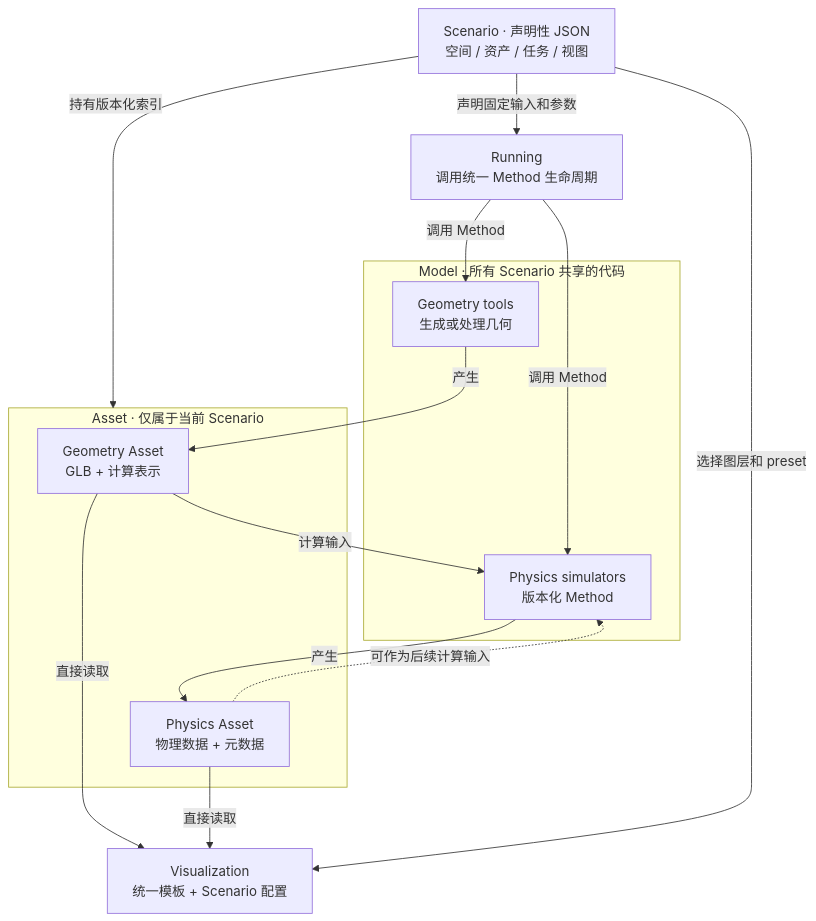
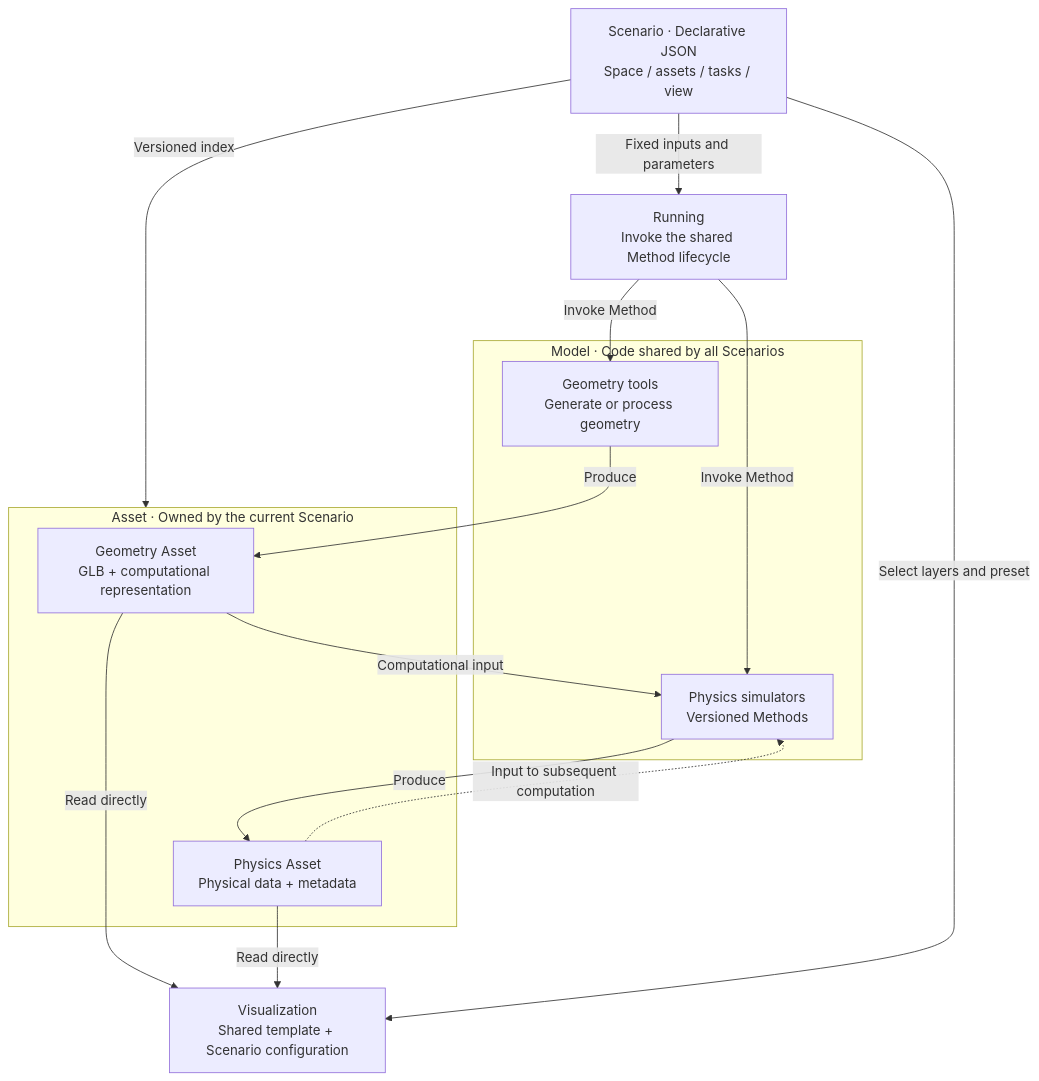
One commit to CANOPY-WORLD/canopy changed the first of 4 diagrams in README.md. Above: the diagram before and after it, drawn with Mermaid. The commit also changed other lines of this file and 22 other files, not shown here.

````diff
--- a/README.md
+++ b/README.md
@@ -7,25 +7,25 @@
 ```mermaid
 flowchart TB
-    S["Scenario · 声明性 JSON<br/>空间 / 资产 / 任务 / 视图"]
-    subgraph M["Model · 所有 Scenario 共享的代码"]
-        G["Geometry tools<br/>生成或处理几何"]
-        P["Physics simulators<br/>版本化 Method"]
+    S["Scenario · Declarative JSON<br/>Space / assets / tasks / view"]
+    subgraph M["Model · Code shared by all Scenarios"]
+        G["Geometry tools<br/>Generate or process geometry"]
+        P["Physics simulators<br/>Versioned Methods"]
     end
-    subgraph A["Asset · 仅属于当前 Scenario"]
-        GA["Geometry Asset<br/>GLB + 计算表示"]
-        PA["Physics Asset<br/>物理数据 + 元数据"]
+    subgraph A["Asset · Owned by the current Scenario"]
+        GA["Geometry Asset<br/>GLB + computational representation"]
+        PA["Physics Asset<br/>Physical data + metadata"]
     end
-    R["Running<br/>调用统一 Method 生命周期"]
-    V["Visualization<br/>统一模板 + Scenario 配置"]
-    S -->|声明固定输入和参数| R
-    R -->|调用 Method| G
-    R -->|调用 Method| P
-    G -->|产生| GA
-    GA -->|计算输入| P
-    P -->|产生| PA
-    PA -.->|可作为后续计算输入| P
-    S -->|持有版本化索引| A
-    GA -->|直接读取| V
-    PA -->|直接读取| V
-    S -->|选择图层和 preset| V
+    R["Running<br/>Invoke the shared Method lifecycle"]
+    V["Visualization<br/>Shared template + Scenario configuration"]
+    S -->|Fixed inputs and parameters| R
+    R -->|Invoke Method| G
+    R -->|Invoke Method| P
+    G -->|Produce| GA
+    GA -->|Computational input| P
+    P -->|Produce| PA
+    PA -.->|Input to subsequent computation| P
+    S -->|Versioned index| A
+    GA -->|Read directly| V
+    PA -->|Read directly| V
+    S -->|Select layers and preset| V
 ```
````
